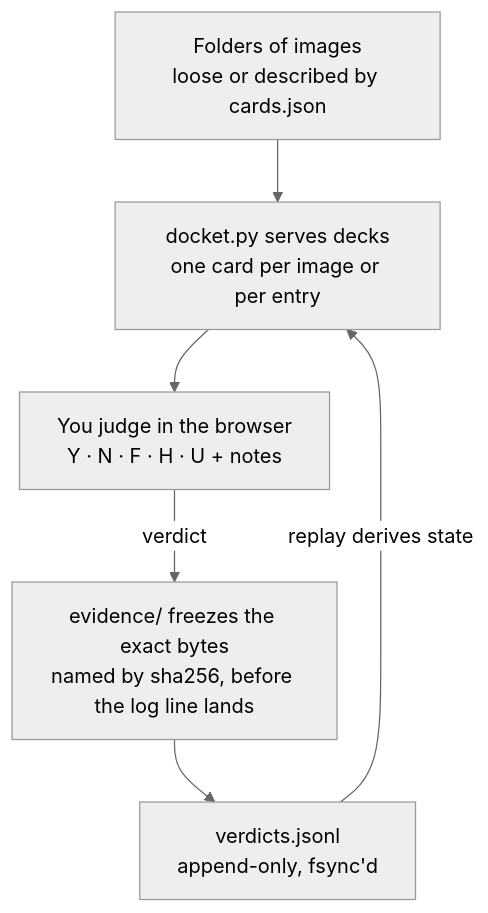
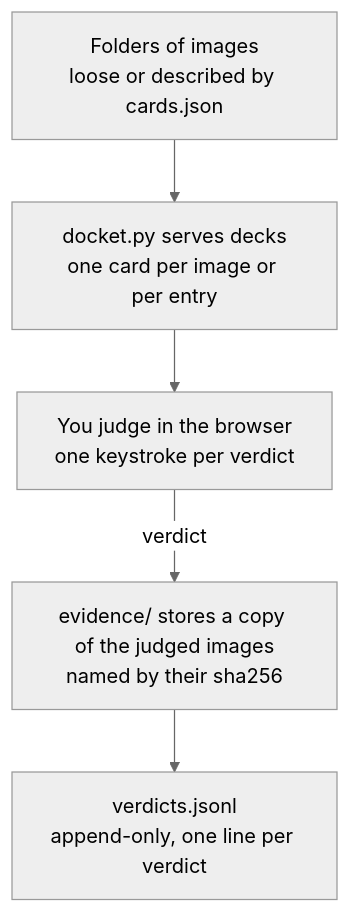
One commit to race-nevils/docket changed the diagram in README.md. Above: the diagram before and after it, drawn with Mermaid (neutral theme).

Commit message:
docs: README diagram ends at the log; evidence label made literal

````diff
--- a/README.md
+++ b/README.md
@@ -28,8 +28,7 @@
 ```mermaid
 flowchart TD
     A[Folders of images<br/>loose or described by cards.json] --> B[docket.py serves decks<br/>one card per image or per entry]
-    B --> C[You judge in the browser<br/>Y · N · F · H · U + notes]
-    C -->|verdict| D[evidence/ freezes the exact bytes<br/>named by sha256, before the log line lands]
-    D --> E[verdicts.jsonl<br/>append-only, fsync'd]
-    E -->|replay derives state| B
+    B --> C[You judge in the browser<br/>one keystroke per verdict]
+    C -->|verdict| D[evidence/ stores a copy of the judged images<br/>named by their sha256]
+    D --> E[verdicts.jsonl<br/>append-only, one line per verdict]
 ```
````
